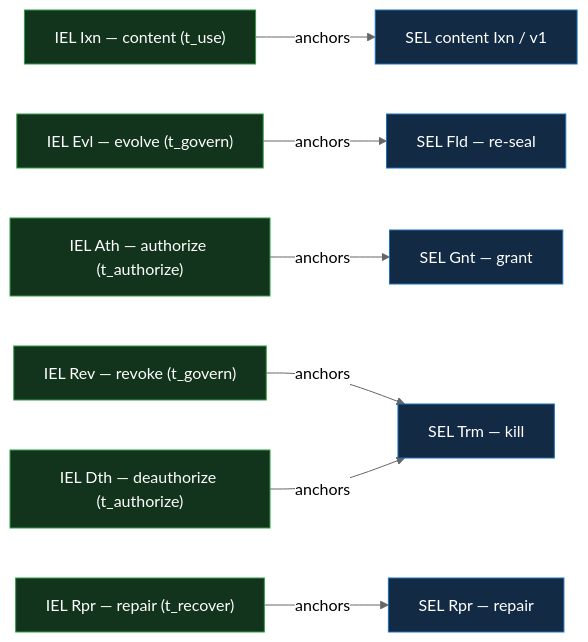
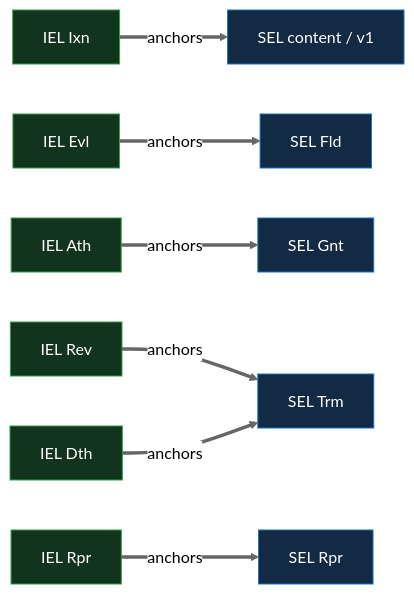
One commit to jasoncolburne/vdti changed the fourth of 7 diagrams in docs/design/primitives/data/event-logs/event-shape.md. Above: the diagram before and after it, drawn with Mermaid (neutral theme). The commit also changed other lines of this file and 7 other files, not shown here.

Commit message:
VDTI-10: Diagram updates

````diff
--- a/docs/design/primitives/data/event-logs/event-shape.md
+++ b/docs/design/primitives/data/event-logs/event-shape.md
@@ -349,11 +401,11 @@
 ```mermaid
 flowchart LR
-  Ixn["IEL Ixn — content (t_use)"]:::iel -->|anchors| c["SEL content Ixn / v1"]:::sel
-  Evl["IEL Evl — evolve (t_govern)"]:::iel -->|anchors| Fld["SEL Fld — re-seal"]:::sel
-  Ath["IEL Ath — authorize (t_authorize)"]:::iel -->|anchors| Gnt["SEL Gnt — grant"]:::sel
-  Rev["IEL Rev — revoke (t_govern)"]:::iel -->|anchors| Trm["SEL Trm — kill"]:::sel
-  Dth["IEL Dth — deauthorize (t_authorize)"]:::iel -->|anchors| Trm
-  Rpr["IEL Rpr — repair (t_recover)"]:::iel -->|anchors| RprS["SEL Rpr — repair"]:::sel
+  Ixn["IEL Ixn"]:::iel ==>|anchors| c["SEL content / v1"]:::sel
+  Evl["IEL Evl"]:::iel ==>|anchors| Fld["SEL Fld"]:::sel
+  Ath["IEL Ath"]:::iel ==>|anchors| Gnt["SEL Gnt"]:::sel
+  Rev["IEL Rev"]:::iel ==>|anchors| Trm["SEL Trm"]:::sel
+  Dth["IEL Dth"]:::iel ==>|anchors| Trm
+  Rpr["IEL Rpr"]:::iel ==>|anchors| RprS["SEL Rpr"]:::sel
   classDef iel fill:#12331c,stroke:#2f9e44,color:#fff
   classDef sel fill:#122a44,stroke:#1971c2,color:#fff
 ```
````
